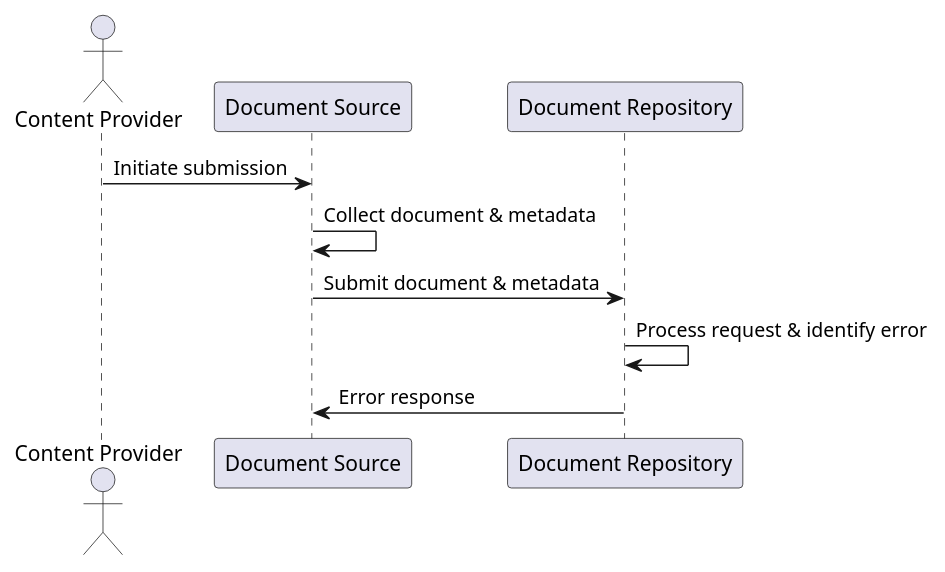
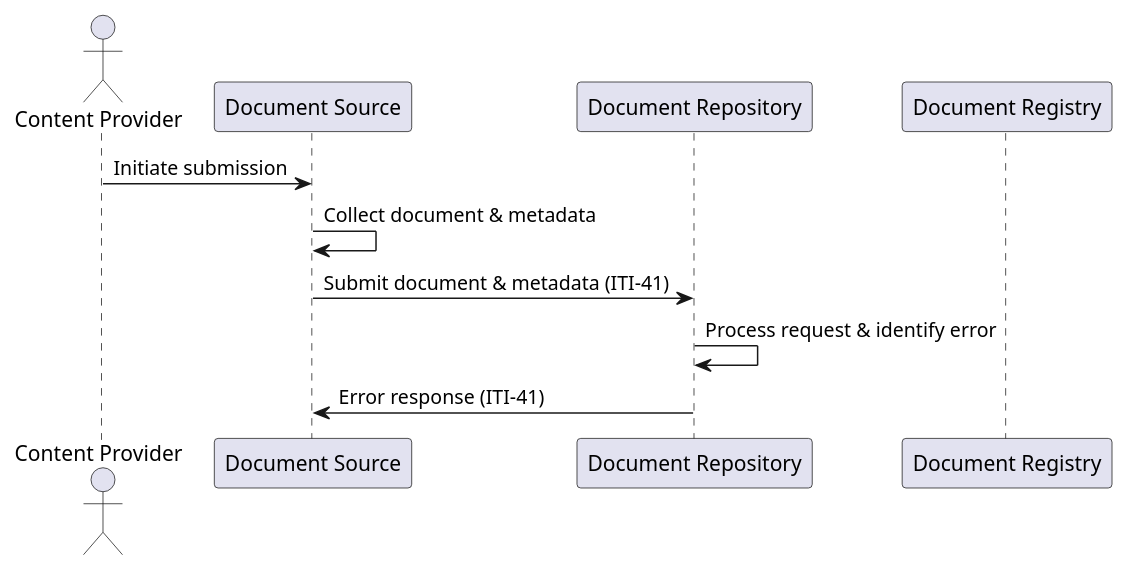
Before and after one commit to medcomdk/dk-medcom-document: the diagram in puml/sequence-s1a1.puml, drawn with PlantUML. The commit also changed 9 other files, not shown here.

Commit message:
Updated sequence diagrams

```diff
--- a/puml/sequence-s1a1.puml
+++ b/puml/sequence-s1a1.puml
@@ -1,11 +1,12 @@
 @startuml
 actor "Content Provider" as CS
 participant "Document Source" as DS
 participant "Document Repository" as DR
+participant "Document Registry" as DReg
 
 CS -> DS: Initiate submission
 DS -> DS: Collect document & metadata
-DS -> DR: Submit document & metadata
+DS -> DR: Submit document & metadata (ITI-41)
 DR -> DR: Process request & identify error
-DR -> DS: Error response
+DR -> DS: Error response (ITI-41)
 @enduml
```
